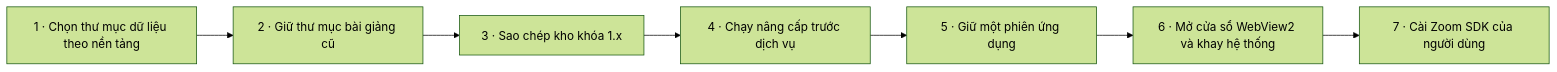
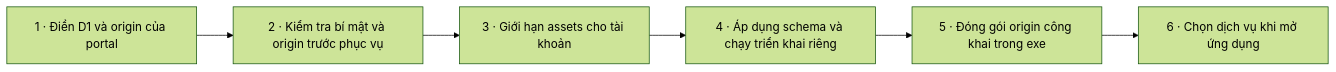
The seventh of 22 diagrams in docs/WORKFLOW.md (Thequancute215-sys/cun-zoom), drawn with Mermaid (forest theme) before and after one commit. The commit also changed other lines of this file and 33 other files, not shown here.

Commit message:
Add account OTP and one-time license flow with deployment handover

````diff
--- a/docs/WORKFLOW.md
+++ b/docs/WORKFLOW.md
@@ -137,16 +204,14 @@
 ```mermaid
 flowchart LR
-  s1["1 · Chọn thư mục dữ liệu theo nền tảng"]
-  s2["2 · Giữ thư mục bài giảng cũ"]
+  s1["1 · Điền D1 và origin của portal"]
+  s2["2 · Kiểm tra bí mật và origin trước phục vụ"]
   s1 --> s2
-  s3["3 · Sao chép kho khóa 1.x"]
+  s3["3 · Giới hạn assets cho tài khoản"]
   s2 --> s3
-  s4["4 · Chạy nâng cấp trước dịch vụ"]
+  s4["4 · Áp dụng schema và chạy triển khai riêng"]
   s3 --> s4
-  s5["5 · Giữ một phiên ứng dụng"]
+  s5["5 · Đóng gói origin công khai trong exe"]
   s4 --> s5
-  s6["6 · Mở cửa sổ WebView2 và khay hệ thống"]
+  s6["6 · Chọn dịch vụ khi mở ứng dụng"]
   s5 --> s6
-  s7["7 · Cài Zoom SDK của người dùng"]
-  s6 --> s7
 ```
````
